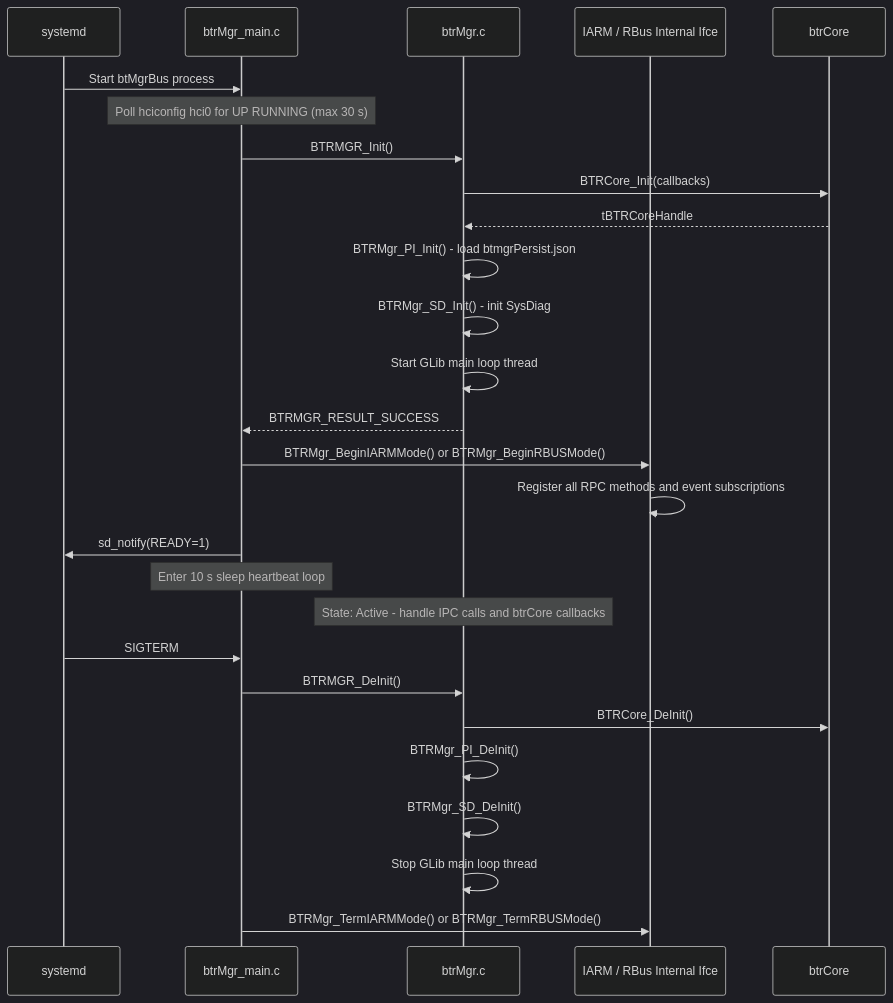
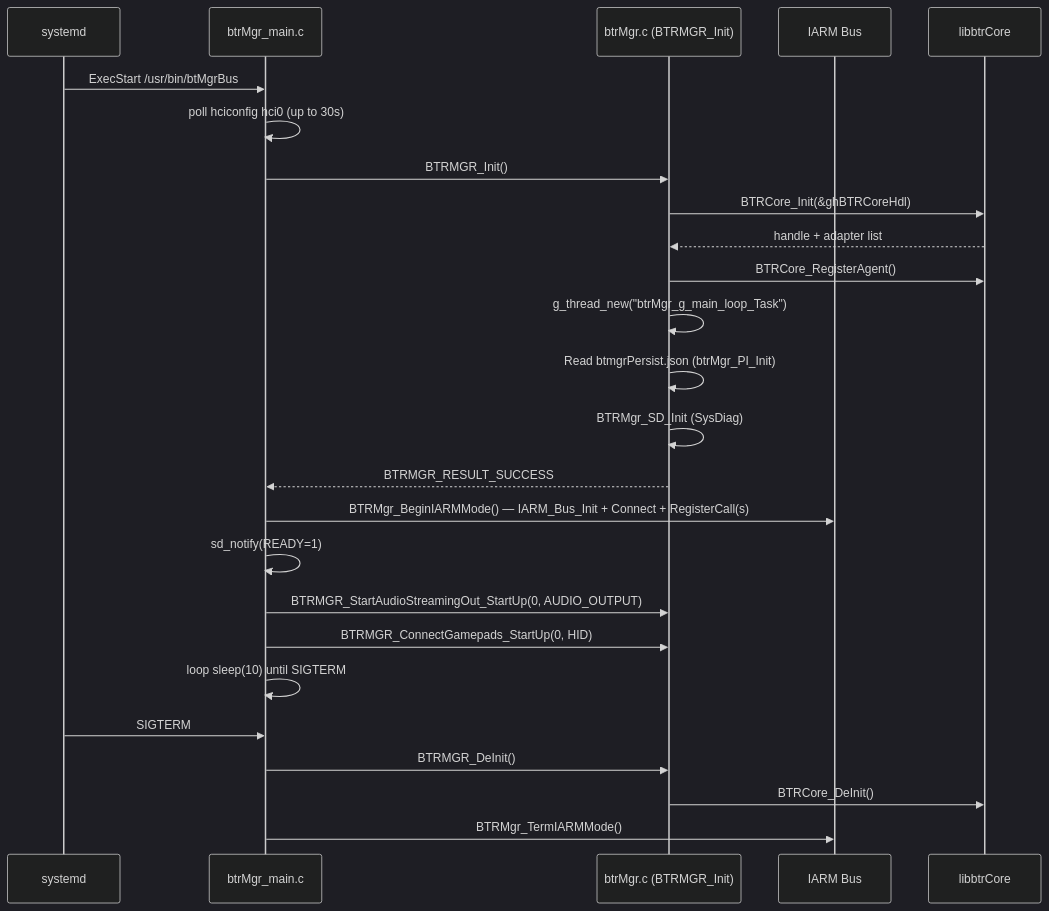
Before and after one commit to rns21/RDK_Documentation: the third of 7 diagrams in docs/docu/RDKV-Documentations/bluetooth-mgr.md, drawn with Mermaid (dark theme). The commit also changed other lines of this file, not shown here.

````diff
--- a/docs/docu/RDKV-Documentations/bluetooth-mgr.md
+++ b/docs/docu/RDKV-Documentations/bluetooth-mgr.md
@@ -622,30 +166,30 @@
 ```mermaid
 sequenceDiagram
-    participant Systemd as systemd
+    participant systemd as systemd
     participant Main as btrMgr_main.c
-    participant Core as btrMgr.c
-    participant IPC as IARM / RBus Internal Ifce
-    participant BTRCore as btrCore
+    participant Core as btrMgr.c (BTRMGR_Init)
+    participant IARM as IARM Bus
+    participant BTRCore as libbtrCore
 
-    Systemd->>Main: Start btMgrBus process
-    Note over Main: Poll hciconfig hci0 for UP RUNNING (max 30 s)
+    systemd->>Main: ExecStart /usr/bin/btMgrBus
+    Main->>Main: poll hciconfig hci0 (up to 30s)
     Main->>Core: BTRMGR_Init()
-    Core->>BTRCore: BTRCore_Init(callbacks)
-    BTRCore-->>Core: tBTRCoreHandle
-    Core->>Core: BTRMgr_PI_Init() - load btmgrPersist.json
-    Core->>Core: BTRMgr_SD_Init() - init SysDiag
-    Core->>Core: Start GLib main loop thread
+    Core->>BTRCore: BTRCore_Init(&ghBTRCoreHdl)
+    BTRCore-->>Core: handle + adapter list
+    Core->>BTRCore: BTRCore_RegisterAgent()
+    Core->>Core: g_thread_new("btrMgr_g_main_loop_Task")
+    Core->>Core: Read btmgrPersist.json (btrMgr_PI_Init)
+    Core->>Core: BTRMgr_SD_Init (SysDiag)
     Core-->>Main: BTRMGR_RESULT_SUCCESS
-    Main->>IPC: BTRMgr_BeginIARMMode() or BTRMgr_BeginRBUSMode()
-    IPC->>IPC: Register all RPC methods and event subscriptions
-    Main->>Systemd: sd_notify(READY=1)
-    Note over Main: Enter 10 s sleep heartbeat loop
-    Note over Core: State: Active - handle IPC calls and btrCore callbacks
-    Systemd->>Main: SIGTERM
+
+    Main->>IARM: BTRMgr_BeginIARMMode() — IARM_Bus_Init + Connect + RegisterCall(s)
+    Main->>Main: sd_notify(READY=1)
+    Main->>Core: BTRMGR_StartAudioStreamingOut_StartUp(0, AUDIO_OUTPUT)
+    Main->>Core: BTRMGR_ConnectGamepads_StartUp(0, HID)
+    Main->>Main: loop sleep(10) until SIGTERM
+
+    systemd->>Main: SIGTERM
     Main->>Core: BTRMGR_DeInit()
     Core->>BTRCore: BTRCore_DeInit()
-    Core->>Core: BTRMgr_PI_DeInit()
-    Core->>Core: BTRMgr_SD_DeInit()
-    Core->>Core: Stop GLib main loop thread
-    Main->>IPC: BTRMgr_TermIARMMode() or BTRMgr_TermRBUSMode()
+    Main->>IARM: BTRMgr_TermIARMMode()
 ```
````
